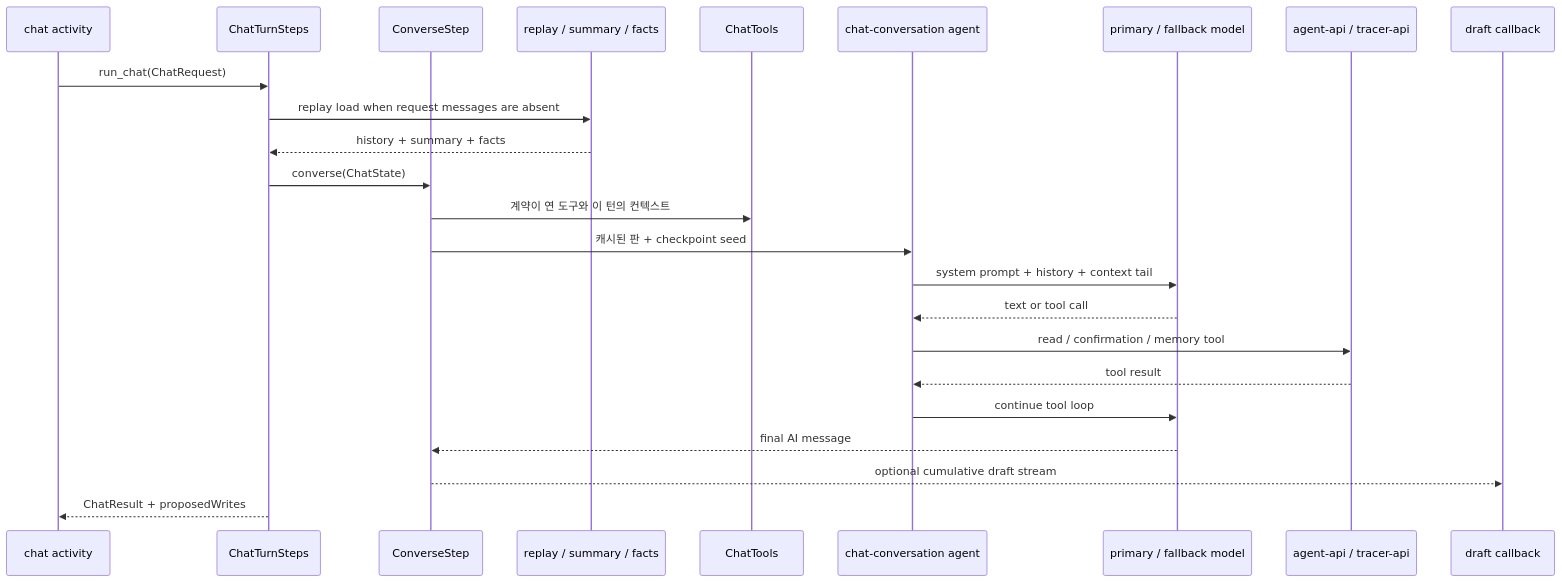
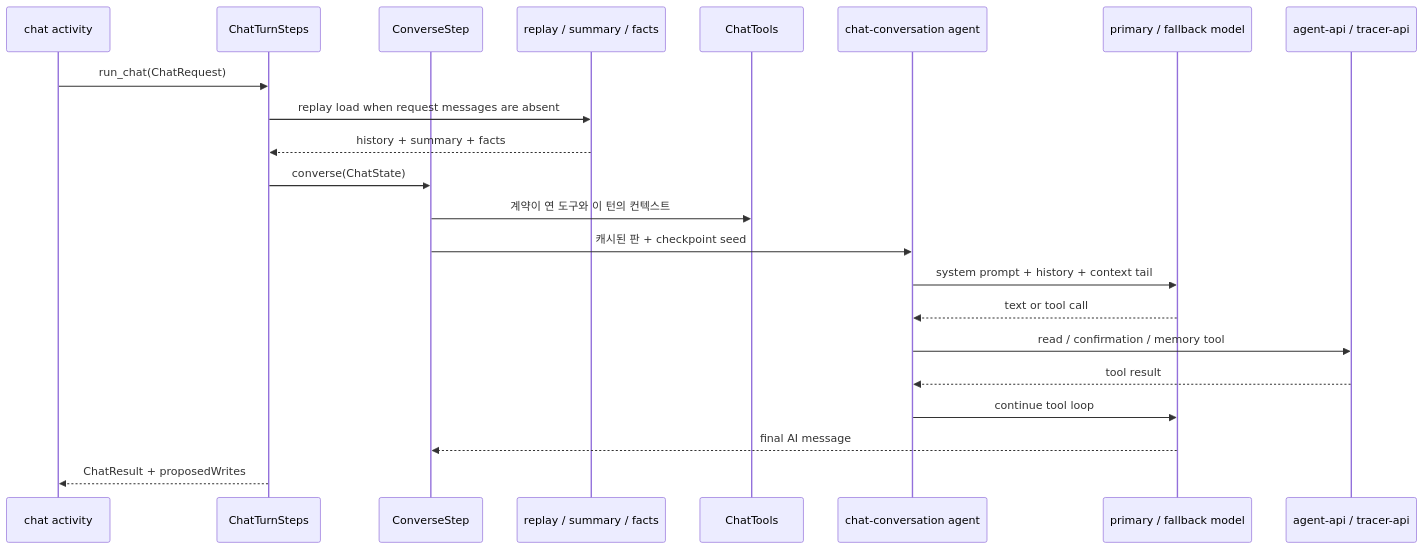
One commit to agent-tracer/tracer-agent-python changed the second of 8 diagrams in src/tracer_agent/worker/agents/chat/README.md. Above: the diagram before and after it, drawn with Mermaid. The commit also changed other lines of this file and 9 other files, not shown here.

````diff
--- a/src/tracer_agent/worker/agents/chat/README.md
+++ b/src/tracer_agent/worker/agents/chat/README.md
@@ -32,26 +32,24 @@
 ```mermaid
 sequenceDiagram
     participant A as chat activity
     participant T as ChatTurnSteps
     participant N as ConverseStep
     participant C as replay / summary / facts
     participant R as ChatTools
     participant G as chat-conversation agent
     participant M as primary / fallback model
     participant API as agent-api / tracer-api
-    participant S as draft callback
     A->>T: run_chat(ChatRequest)
     T->>C: replay load when request messages are absent
     C-->>T: history + summary + facts
     T->>N: converse(ChatState)
     N->>R: 계약이 연 도구와 이 턴의 컨텍스트
     N->>G: 캐시된 판 + checkpoint seed
     G->>M: system prompt + history + context tail
     M-->>G: text or tool call
     G->>API: read / confirmation / memory tool
     API-->>G: tool result
     G->>M: continue tool loop
     M-->>N: final AI message
-    N-->>S: optional cumulative draft stream
     T-->>A: ChatResult + proposedWrites
 ```
````
